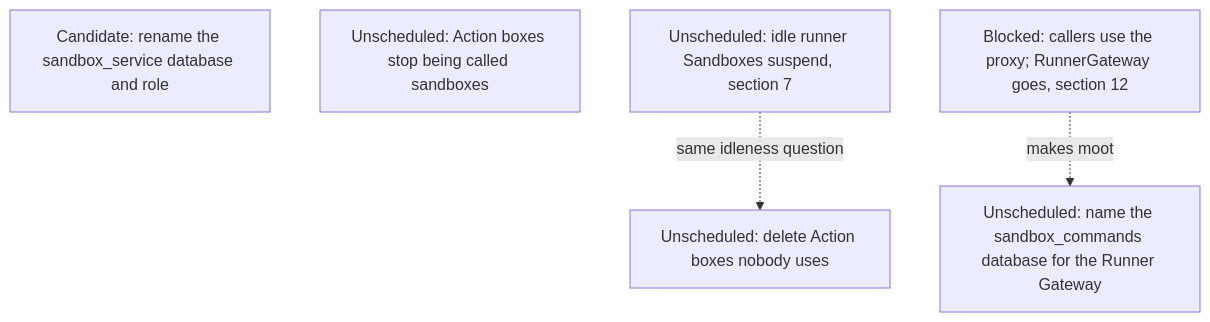
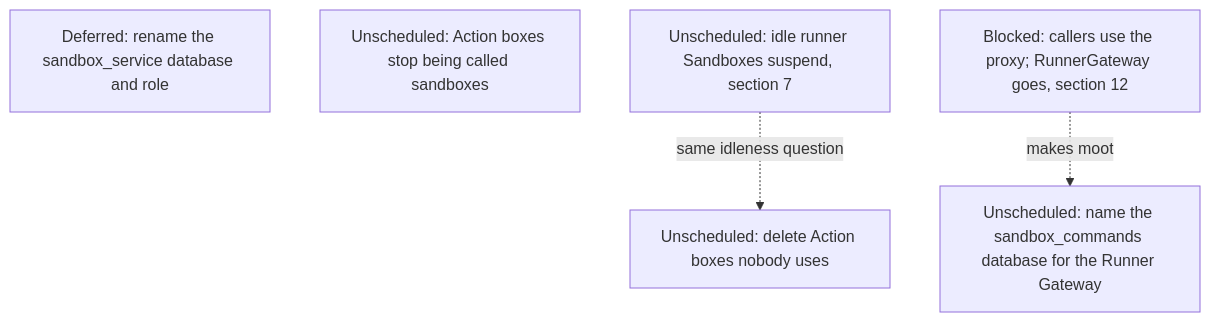
Diagram 12 of 15 in agentplane/plans/task_dag.md (agentydragon/ducktape), drawn with Mermaid before and after one commit. The commit also changed other lines of this file, not shown here.

````diff
--- a/agentplane/plans/task_dag.md
+++ b/agentplane/plans/task_dag.md
@@ -989,9 +929,9 @@
 ```mermaid
 flowchart TD
-    HISTORY_DATABASE_RENAME[Candidate: rename the sandbox_service database and role]
+    HISTORY_DATABASE_RENAME[Deferred: rename the sandbox_service database and role]
     SANDBOX_DATABASE_RENAME[Unscheduled: name the sandbox_commands database for the Runner Gateway]
     ACTION_BOX_RENAME[Unscheduled: Action boxes stop being called sandboxes]
     ACTION_BOX_IDLE_REAPER[Unscheduled: delete Action boxes nobody uses]
     SANDBOX_IDLE_EXPIRY[Unscheduled: idle runner Sandboxes suspend, section 7] -. same idleness question .-> ACTION_BOX_IDLE_REAPER
     GATEWAY_WRAPPER_RETIRE[Blocked: callers use the proxy; RunnerGateway goes, section 12] -. makes moot .-> SANDBOX_DATABASE_RENAME
 ```
````
